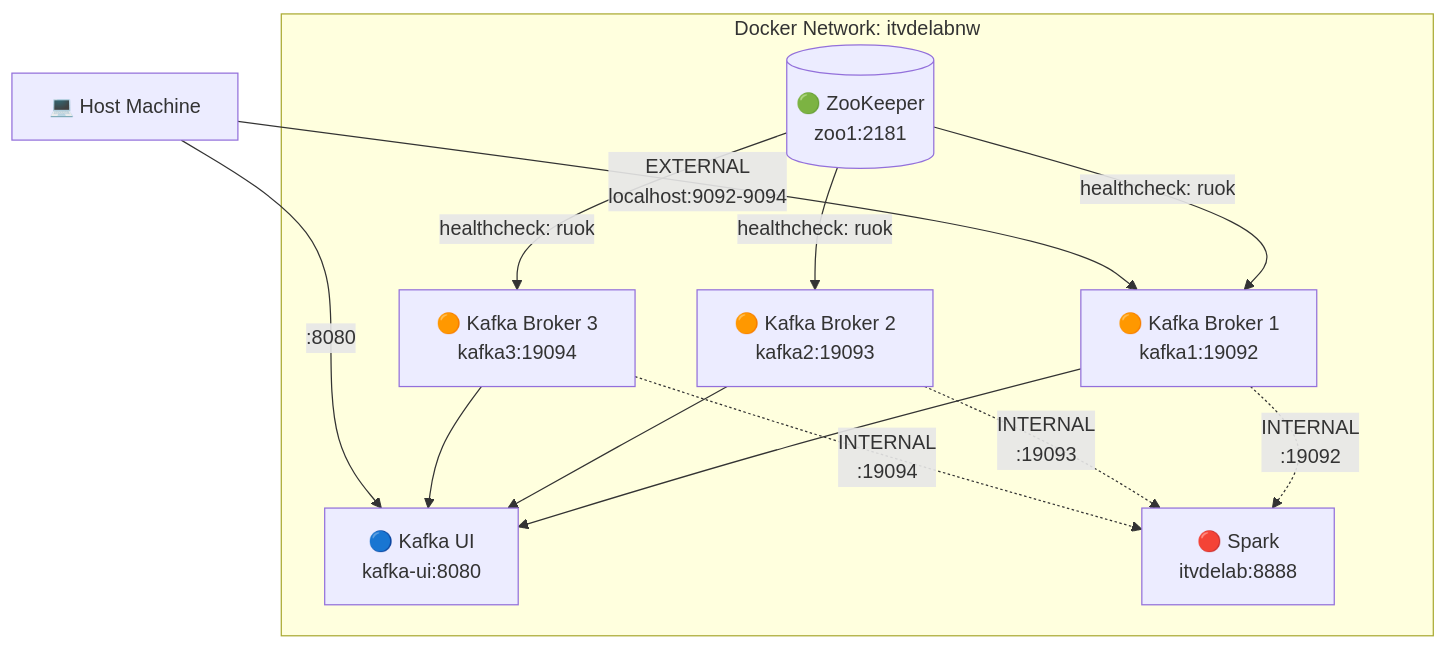
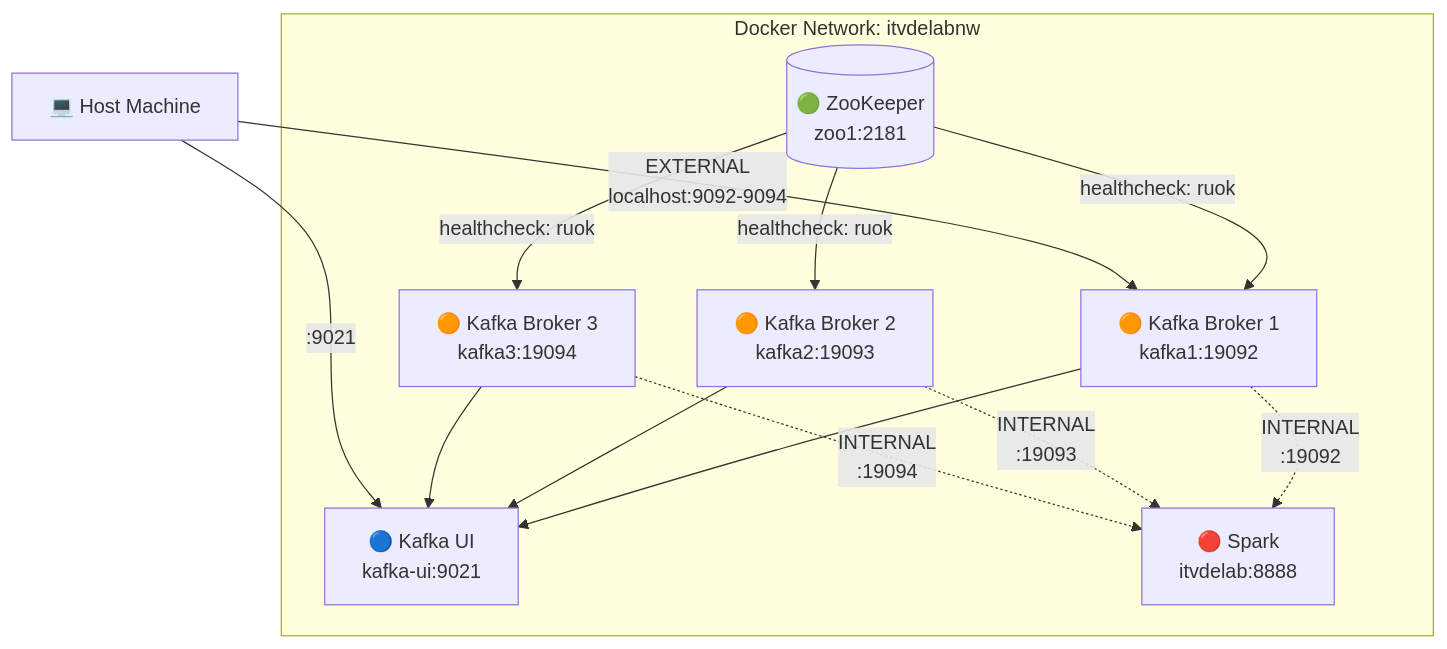
The first of 3 diagrams in docs/ARCHITECTURE.md (Sohila-Khaled-Abbas/kafka-cluster), drawn with Mermaid before and after one commit. The commit also changed 15 other files, not shown here.

````diff
--- a/docs/ARCHITECTURE.md
+++ b/docs/ARCHITECTURE.md
@@ -15,29 +15,29 @@
 ```mermaid
 graph TB
     subgraph Docker Network: itvdelabnw
         ZK[("🟢 ZooKeeper<br/>zoo1:2181")]
         
         K1["🟠 Kafka Broker 1<br/>kafka1:19092"]
         K2["🟠 Kafka Broker 2<br/>kafka2:19093"]
         K3["🟠 Kafka Broker 3<br/>kafka3:19094"]
         
-        UI["🔵 Kafka UI<br/>kafka-ui:8080"]
+        UI["🔵 Kafka UI<br/>kafka-ui:9021"]
         
         SPARK["🔴 Spark<br/>itvdelab:8888"]
     end
 
     ZK -->|"healthcheck: ruok"| K1
     ZK -->|"healthcheck: ruok"| K2
     ZK -->|"healthcheck: ruok"| K3
 
     K1 --> UI
     K2 --> UI
     K3 --> UI
 
     K1 -.->|"INTERNAL<br/>:19092"| SPARK
     K2 -.->|"INTERNAL<br/>:19093"| SPARK
     K3 -.->|"INTERNAL<br/>:19094"| SPARK
 
     HOST["💻 Host Machine"] -->|"EXTERNAL<br/>localhost:9092-9094"| K1
-    HOST -->|":8080"| UI
+    HOST -->|":9021"| UI
 ```
````
